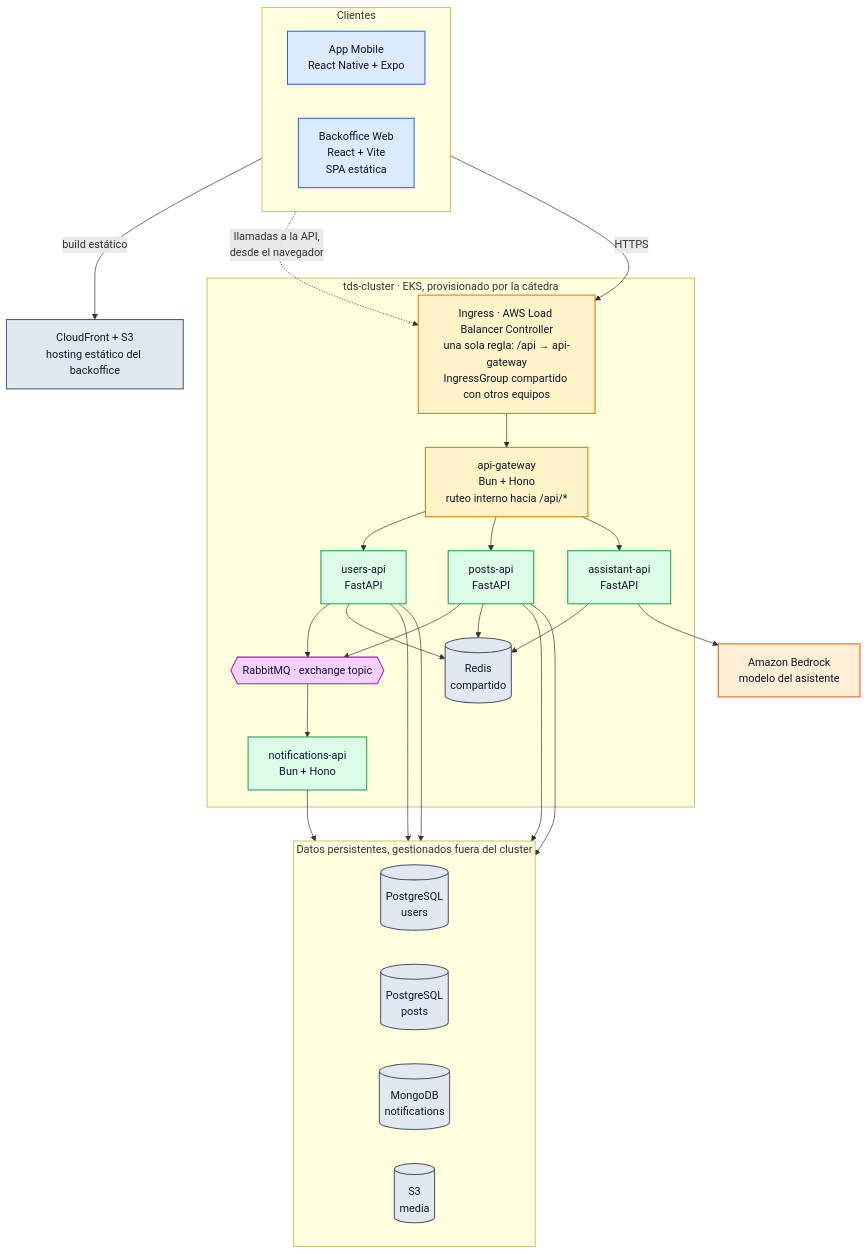
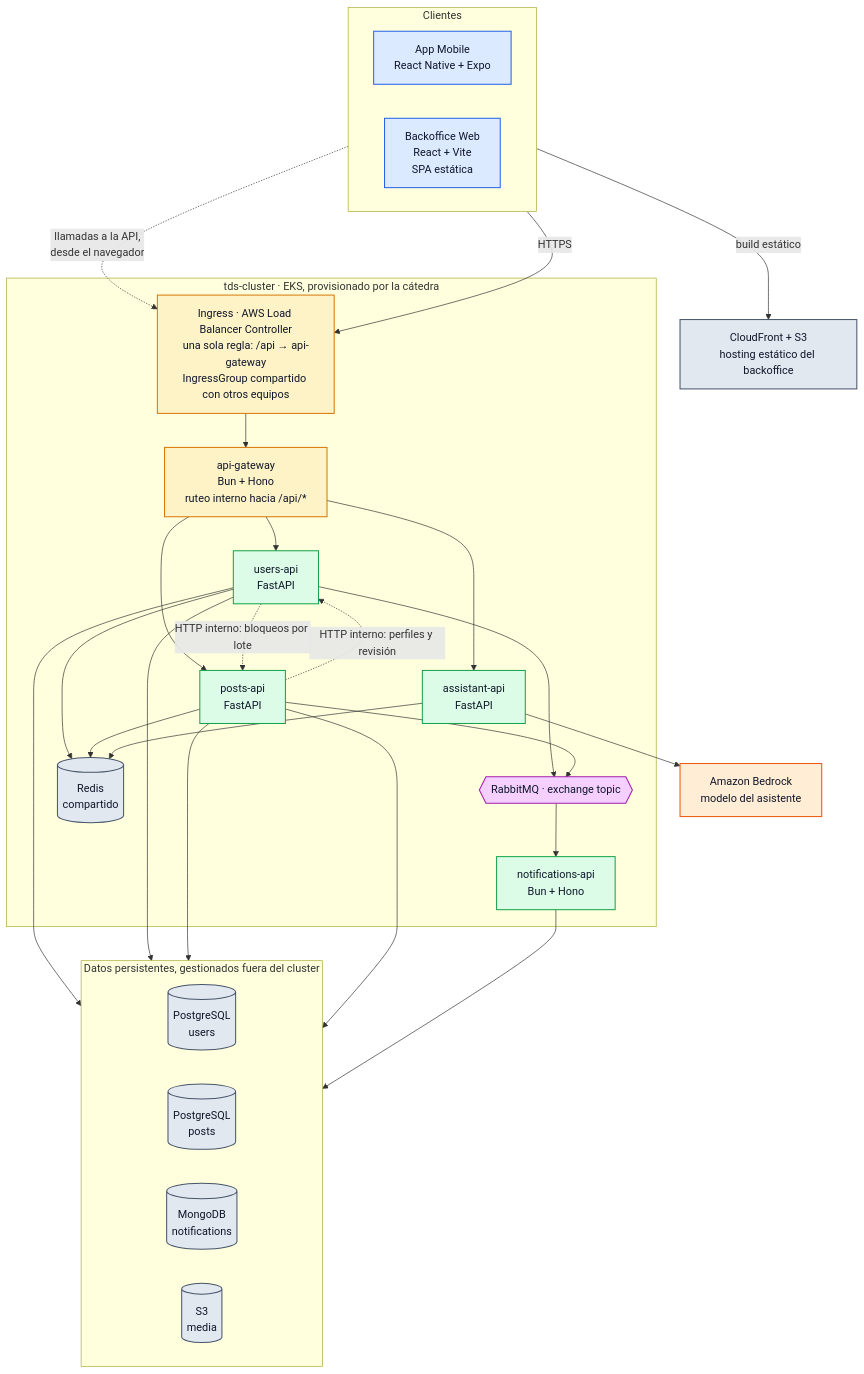
Before and after one commit to tds-g3-2s2026/udesa-x-platform: the second of 7 diagrams in docs/ARQUITECTURA.md, drawn with Mermaid. The commit also changed other lines of this file and 3 other files, not shown here.

````diff
--- a/docs/ARQUITECTURA.md
+++ b/docs/ARQUITECTURA.md
@@ -183,59 +183,61 @@
 ```mermaid
 flowchart TB
     subgraph clientes["Clientes"]
         direction LR
         MOB["App Mobile<br/>React Native + Expo"]
         BO["Backoffice Web<br/>React + Vite<br/>SPA estática"]
     end
     CDN["CloudFront + S3<br/>hosting estático del backoffice"]
     subgraph cluster["tds-cluster · EKS, provisionado por la cátedra"]
         ING["Ingress · AWS Load Balancer Controller<br/>una sola regla: /api → api-gateway<br/>IngressGroup compartido con otros equipos"]
         GW["api-gateway<br/>Bun + Hono<br/>ruteo interno hacia /api/*"]
         USR["users-api<br/>FastAPI"]
         PST["posts-api<br/>FastAPI"]
         NTF["notifications-api<br/>Bun + Hono"]
         AST["assistant-api<br/>FastAPI"]
         MQ{{"RabbitMQ · exchange topic"}}
         RED[("Redis<br/>compartido")]
     end
     subgraph datos["Datos persistentes, gestionados fuera del cluster"]
         direction LR
         PGU[("PostgreSQL<br/>users")]
         PGP[("PostgreSQL<br/>posts")]
         MDB[("MongoDB<br/>notifications")]
         OBJ[("S3<br/>media")]
     end
     LLM["Amazon Bedrock<br/>modelo del asistente"]
     BO -->|"build estático"| CDN
     BO -.->|"llamadas a la API,<br/>desde el navegador"| ING
     MOB -->|HTTPS| ING
     ING --> GW
     GW --> USR
     GW --> PST
+    USR -.->|"HTTP interno: bloqueos por lote"| PST
+    PST -.->|"HTTP interno: perfiles y revisión"| USR
     GW --> AST
     USR --> MQ
     PST --> MQ
     MQ --> NTF
     USR --> PGU
     USR --> RED
     USR --> OBJ
     PST --> PGP
     PST --> RED
     PST --> OBJ
     NTF --> MDB
     AST --> RED
     AST --> LLM
     classDef cliente fill:#dbeafe,stroke:#2563eb,stroke-width:1.5px,color:#0f172a
     classDef borde fill:#fef3c7,stroke:#d97706,stroke-width:1.5px,color:#0f172a
     classDef svc fill:#dcfce7,stroke:#16a34a,stroke-width:1.5px,color:#0f172a
     classDef bus fill:#f5d0fe,stroke:#a21caf,stroke-width:1.5px,color:#0f172a
     classDef store fill:#e2e8f0,stroke:#475569,stroke-width:1.5px,color:#0f172a
     classDef externo fill:#ffedd5,stroke:#ea580c,stroke-width:1.5px,color:#0f172a
     class MOB,BO cliente
     class ING,GW borde
     class USR,PST,NTF,AST svc
     class MQ bus
     class PGU,PGP,RED,MDB,OBJ store
     class CDN store
     class LLM externo
 ```
````
